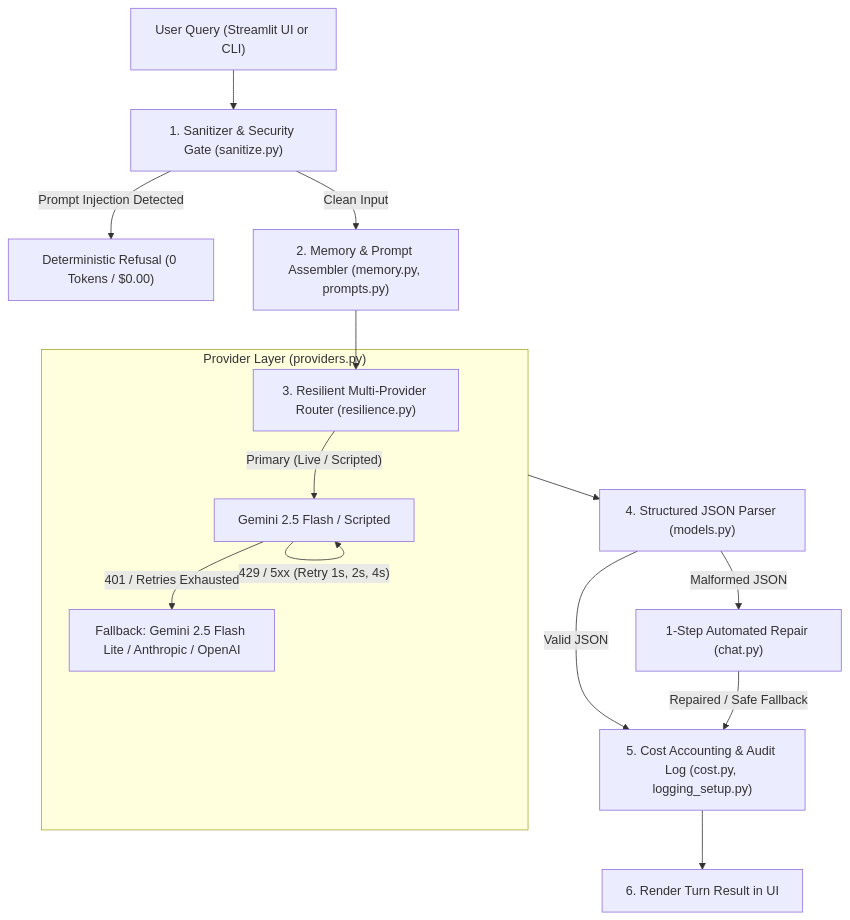
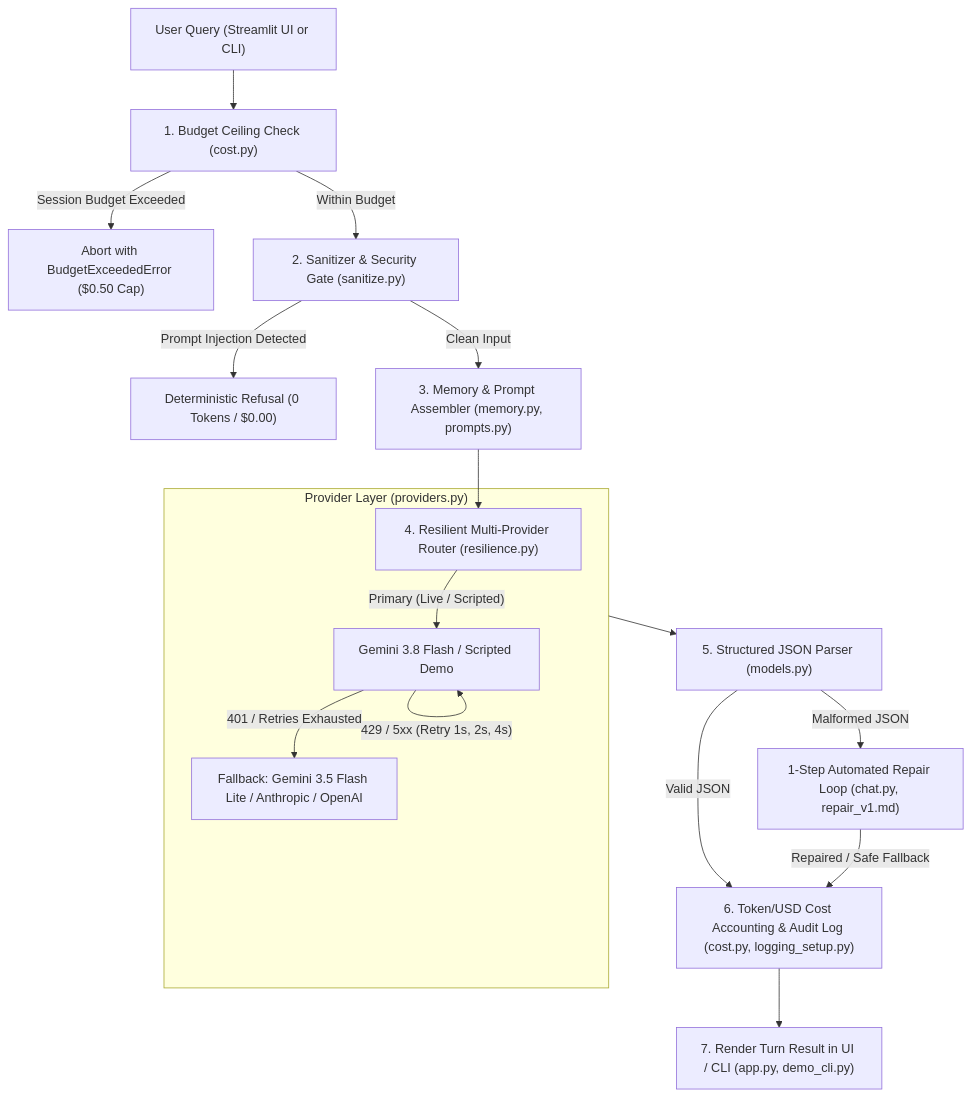
Before and after one commit to adwitiya-pandey/multi-provider-llm-chatbot: the diagram in README.md, drawn with Mermaid. The commit also changed other lines of this file and 1 other file, not shown here.

````diff
--- a/README.md
+++ b/README.md
@@ -14,19 +14,21 @@
 ```mermaid
 flowchart TD
-    User["User Query (Streamlit UI or CLI)"] --> Sanitizer["1. Sanitizer & Security Gate (sanitize.py)"]
+    User["User Query (Streamlit UI or CLI)"] --> BudgetCheck["1. Budget Ceiling Check (cost.py)"]
+    BudgetCheck -- "Session Budget Exceeded" --> BudgetAbort["Abort with BudgetExceededError ($0.50 Cap)"]
+    BudgetCheck -- "Within Budget" --> Sanitizer["2. Sanitizer & Security Gate (sanitize.py)"]
     Sanitizer -- "Prompt Injection Detected" --> Refusal["Deterministic Refusal (0 Tokens / $0.00)"]
-    Sanitizer -- "Clean Input" --> Assembler["2. Memory & Prompt Assembler (memory.py, prompts.py)"]
-    Assembler --> Router["3. Resilient Multi-Provider Router (resilience.py)"]
+    Sanitizer -- "Clean Input" --> Assembler["3. Memory & Prompt Assembler (memory.py, prompts.py)"]
+    Assembler --> Router["4. Resilient Multi-Provider Router (resilience.py)"]
     
     subgraph Providers ["Provider Layer (providers.py)"]
-        Router --> |"Primary (Live / Scripted)"| P1["Gemini 2.5 Flash / Scripted"]
+        Router --> |"Primary (Live / Scripted)"| P1["Gemini 3.8 Flash / Scripted Demo"]
         P1 -- "429 / 5xx (Retry 1s, 2s, 4s)" --> P1
-        P1 -- "401 / Retries Exhausted" --> P2["Fallback: Gemini 2.5 Flash Lite / Anthropic / OpenAI"]
+        P1 -- "401 / Retries Exhausted" --> P2["Fallback: Gemini 3.5 Flash Lite / Anthropic / OpenAI"]
     end
 
-    Providers --> Parser["4. Structured JSON Parser (models.py)"]
-    Parser -- "Valid JSON" --> Accounting["5. Cost Accounting & Audit Log (cost.py, logging_setup.py)"]
-    Parser -- "Malformed JSON" --> Repair["1-Step Automated Repair (chat.py)"]
+    Providers --> Parser["5. Structured JSON Parser (models.py)"]
+    Parser -- "Valid JSON" --> Accounting["6. Token/USD Cost Accounting & Audit Log (cost.py, logging_setup.py)"]
+    Parser -- "Malformed JSON" --> Repair["1-Step Automated Repair Loop (chat.py, repair_v1.md)"]
     Repair -- "Repaired / Safe Fallback" --> Accounting
-    Accounting --> Return["6. Render Turn Result in UI"]
+    Accounting --> Return["7. Render Turn Result in UI / CLI (app.py, demo_cli.py)"]
 ```
````
